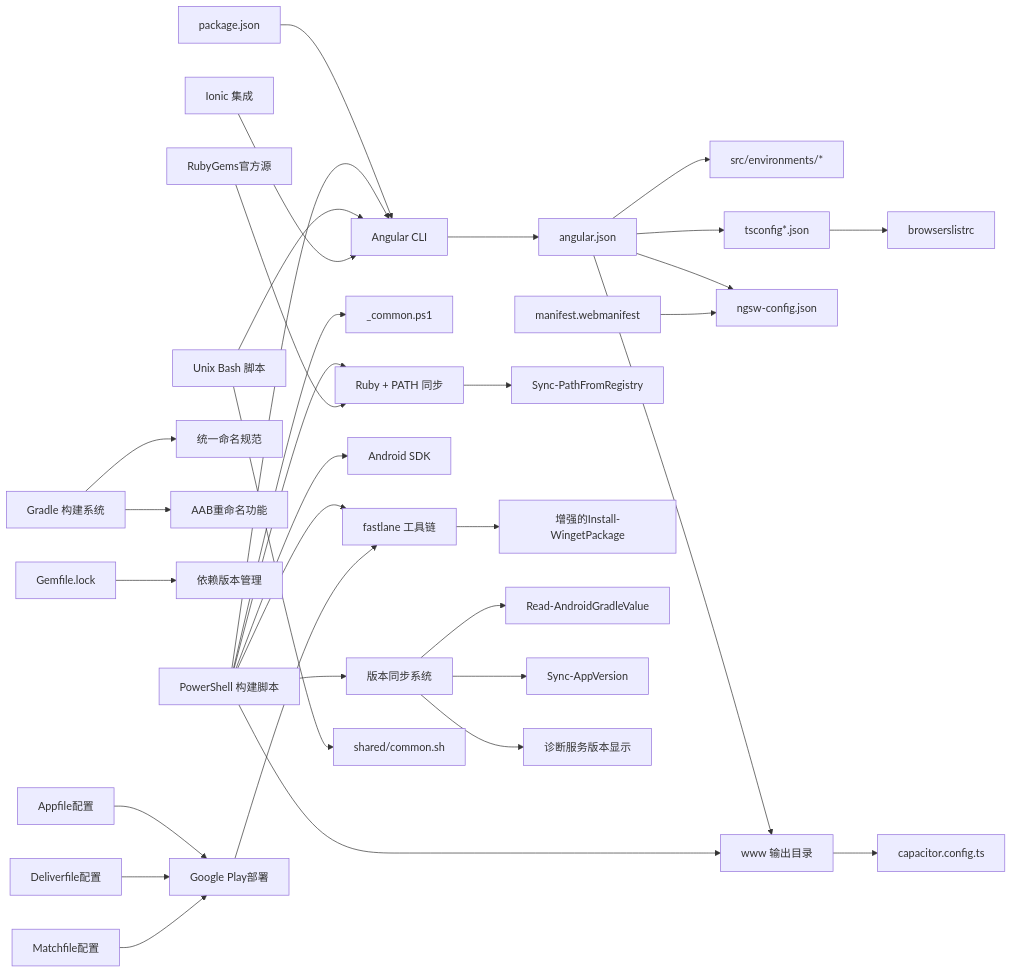
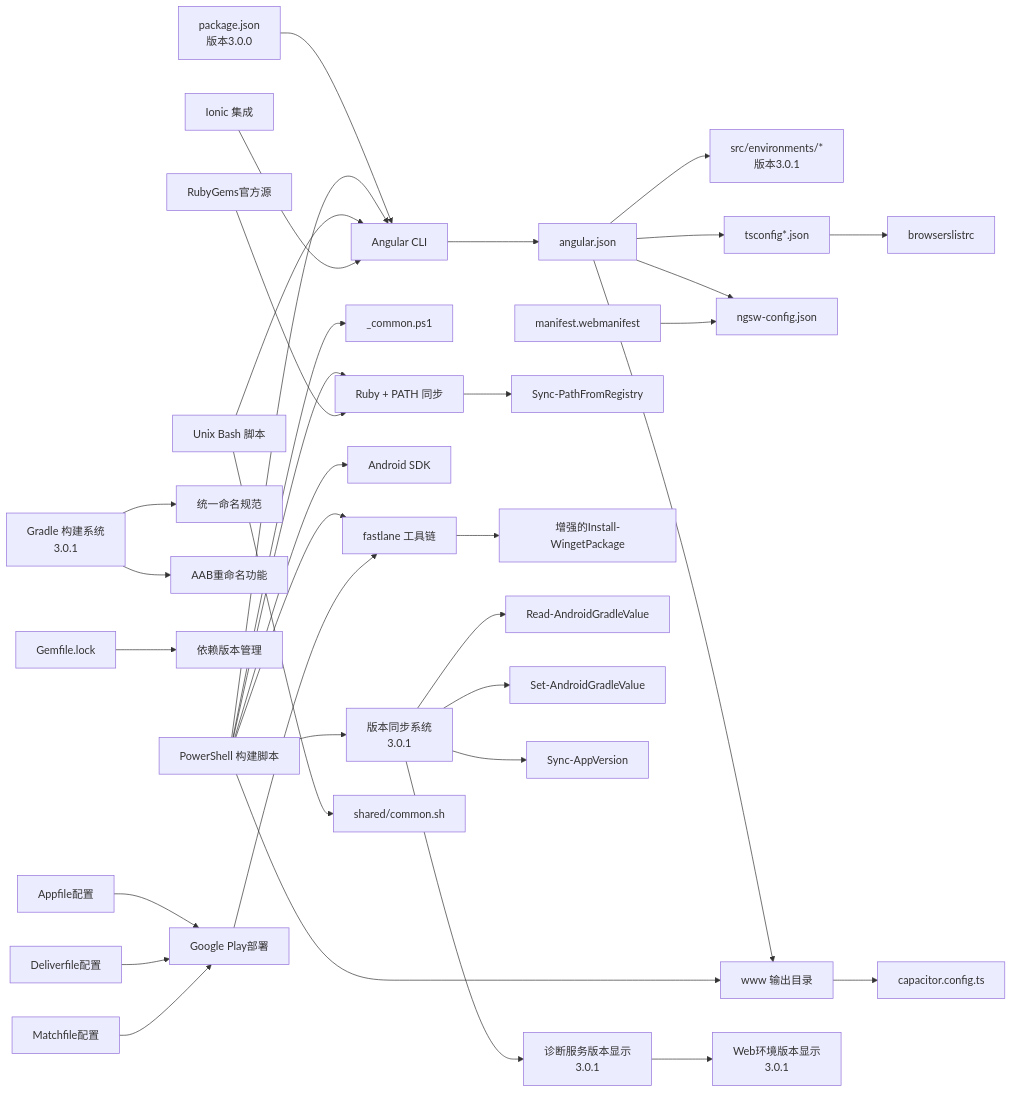
The sixth of 6 diagrams in .qoder/repowiki/zh/content/构建与部署/构建配置.md (tea4go/Macro-Deck-Client-App), drawn with Mermaid before and after one commit. The commit also changed other lines of this file and 8 other files, not shown here.

````diff
--- a/.qoder/repowiki/zh/content/构建与部署/构建配置.md
+++ b/.qoder/repowiki/zh/content/构建与部署/构建配置.md
@@ -901,35 +1027,37 @@
 ```mermaid
 graph LR
-P["package.json"] --> CLI["Angular CLI"]
+P["package.json<br/>版本3.0.0"] --> CLI["Angular CLI"]
 CLI --> CFG["angular.json"]
-CFG --> ENV["src/environments/*"]
+CFG --> ENV["src/environments/*<br/>版本3.0.1"]
 CFG --> TS["tsconfig*.json"]
 TS --> BROWS["browserslistrc"]
 CFG --> SW["ngsw-config.json"]
 CFG --> WWW["www 输出目录"]
 WWW --> CAP["capacitor.config.ts"]
 PS["PowerShell 构建脚本"] --> CLI
 PS --> COMMON["_common.ps1"]
 PS --> WWW
 PS --> FASTLANE["fastlane 工具链"]
 PS --> ANDROID["Android SDK"]
 PS --> RUBY["Ruby + PATH 同步"]
-PS --> VERSIONSYNC["版本同步系统"]
+PS --> VERSIONSYNC["版本同步系统<br/>3.0.1"]
 UNIX["Unix Bash 脚本"] --> COMMON2["shared/common.sh"]
 UNIX --> CLI
 MAN["manifest.webmanifest"] --> SW
 IONIC["Ionic 集成"] --> CLI
 RUBY --> SYNC["Sync-PathFromRegistry"]
 FASTLANE --> WINGET["增强的Install-WingetPackage"]
-GRADLE["Gradle 构建系统"] --> NAMING["统一命名规范"]
+GRADLE["Gradle 构建系统<br/>3.0.1"] --> NAMING["统一命名规范"]
 GRADLE --> AABRENAME["AAB重命名功能"]
 GEMLOCK["Gemfile.lock"] --> DEPS["依赖版本管理"]
 PLAYSTORE["Google Play部署"] --> FASTLANE
 APPFILE["Appfile配置"] --> PLAYSTORE
 DELIVER["Deliverfile配置"] --> PLAYSTORE
 MATCH["Matchfile配置"] --> PLAYSTORE
 RUBYGEMS["RubyGems官方源"] --> RUBY
 VERSIONSYNC --> READGRADLE["Read-AndroidGradleValue"]
+VERSIONSYNC --> SETGRADLE["Set-AndroidGradleValue"]
 VERSIONSYNC --> SYNCAPP["Sync-AppVersion"]
-VERSIONSYNC --> DIAGNOSTIC["诊断服务版本显示"]
+VERSIONSYNC --> DIAGNOSTIC["诊断服务版本显示<br/>3.0.1"]
+DIAGNOSTIC --> WEBENV["Web环境版本显示<br/>3.0.1"]
 ```
````
